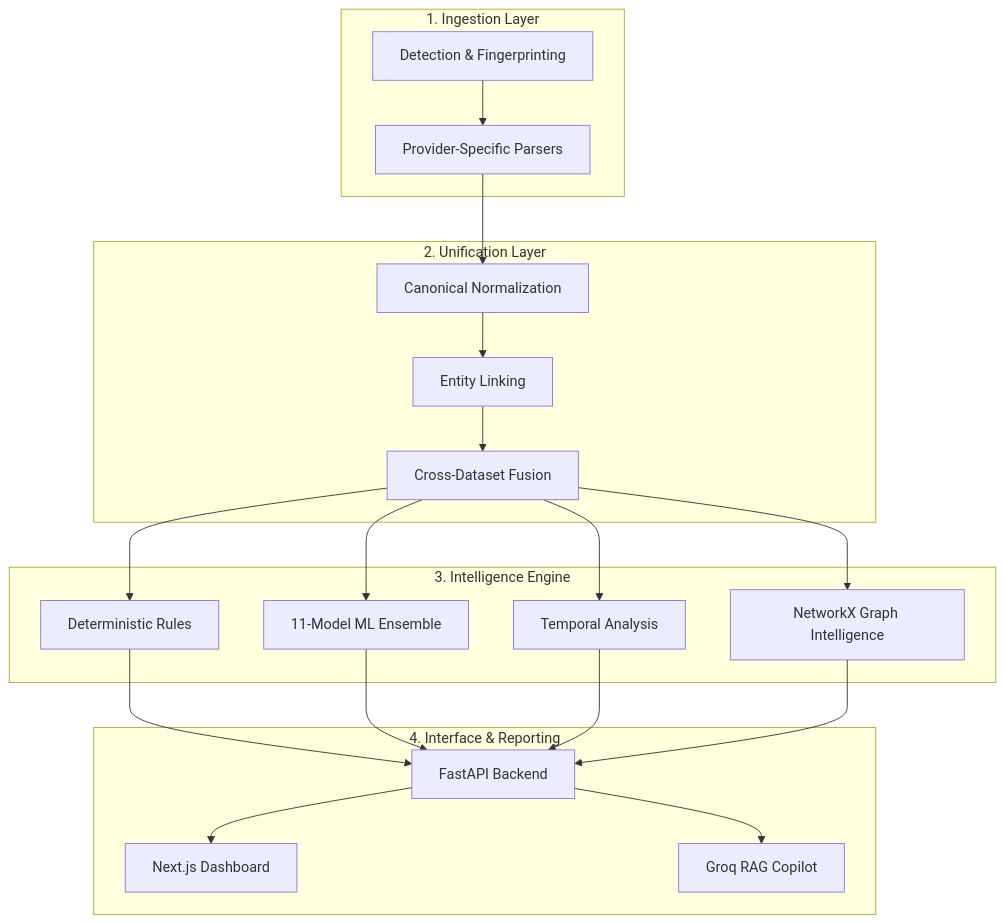
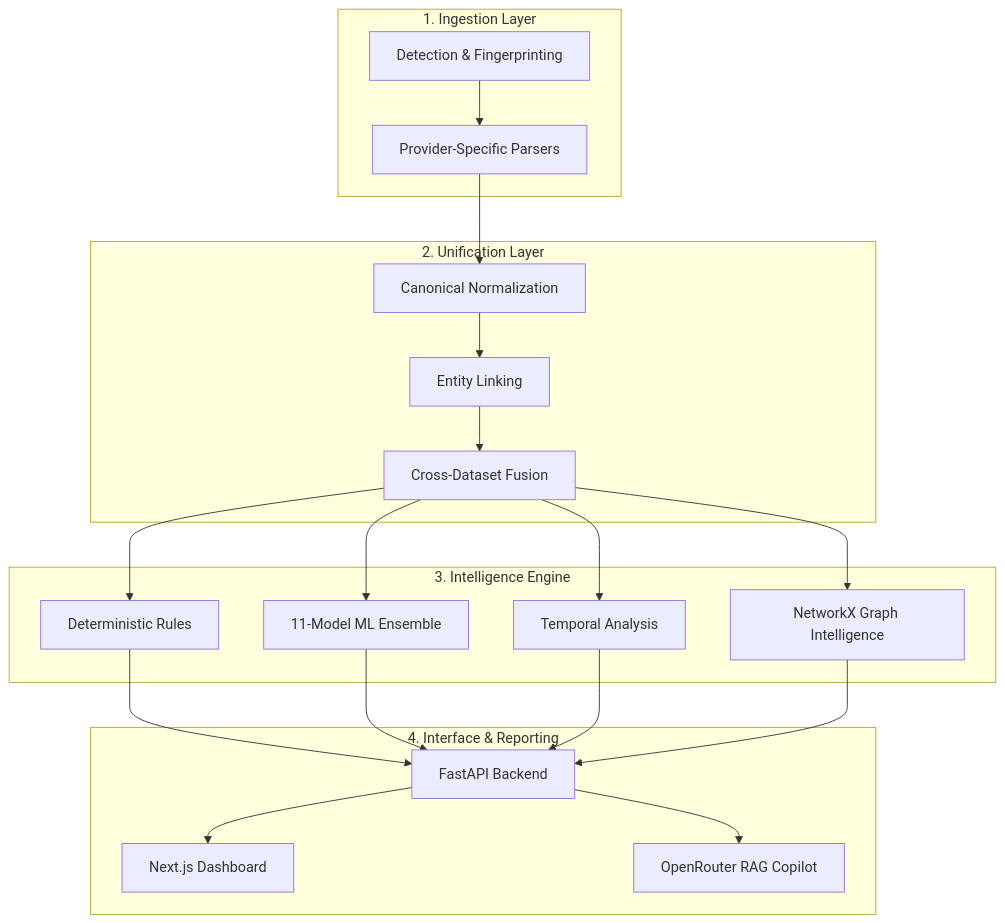
The diagram in README.md (ayushmanbhatt07/Trinetra-Forensics-AI-BANK-CDR-IPDR-FUSION-ANALYZER), drawn with Mermaid before and after one commit. The commit also changed other lines of this file and 25 other files, not shown here.

````diff
--- a/README.md
+++ b/README.md
@@ -146,42 +146,42 @@
 ```mermaid
 graph TD
     subgraph 1. Ingestion Layer
         Detect[Detection & Fingerprinting]
         Provider[Provider-Specific Parsers]
     end
 
     subgraph 2. Unification Layer
         Norm[Canonical Normalization]
         Link[Entity Linking]
         Fuse[Cross-Dataset Fusion]
     end
 
     subgraph 3. Intelligence Engine
         Rules[Deterministic Rules]
         ML[11-Model ML Ensemble]
         Time[Temporal Analysis]
         GraphInt[NetworkX Graph Intelligence]
     end
 
     subgraph 4. Interface & Reporting
         FastAPI[FastAPI Backend]
         UI[Next.js Dashboard]
-        Copilot[Groq RAG Copilot]
+        Copilot[OpenRouter RAG Copilot]
     end
 
     Detect --> Provider
     Provider --> Norm
     
     Norm --> Link
     Link --> Fuse
     
     Fuse --> Rules
     Fuse --> ML
     Fuse --> Time
     Fuse --> GraphInt
     
     Rules & ML & Time & GraphInt --> FastAPI
     
     FastAPI --> UI
     FastAPI --> Copilot
 ```
````
